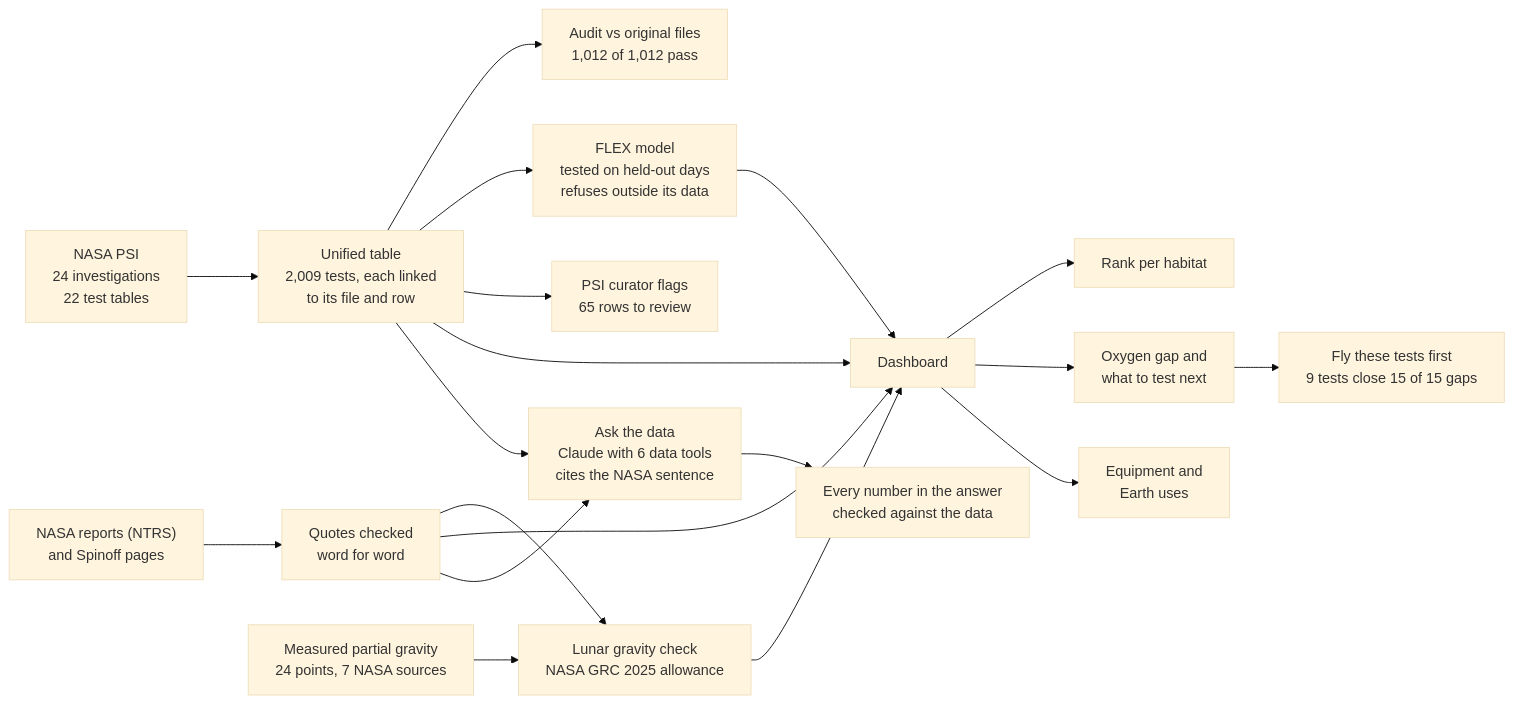
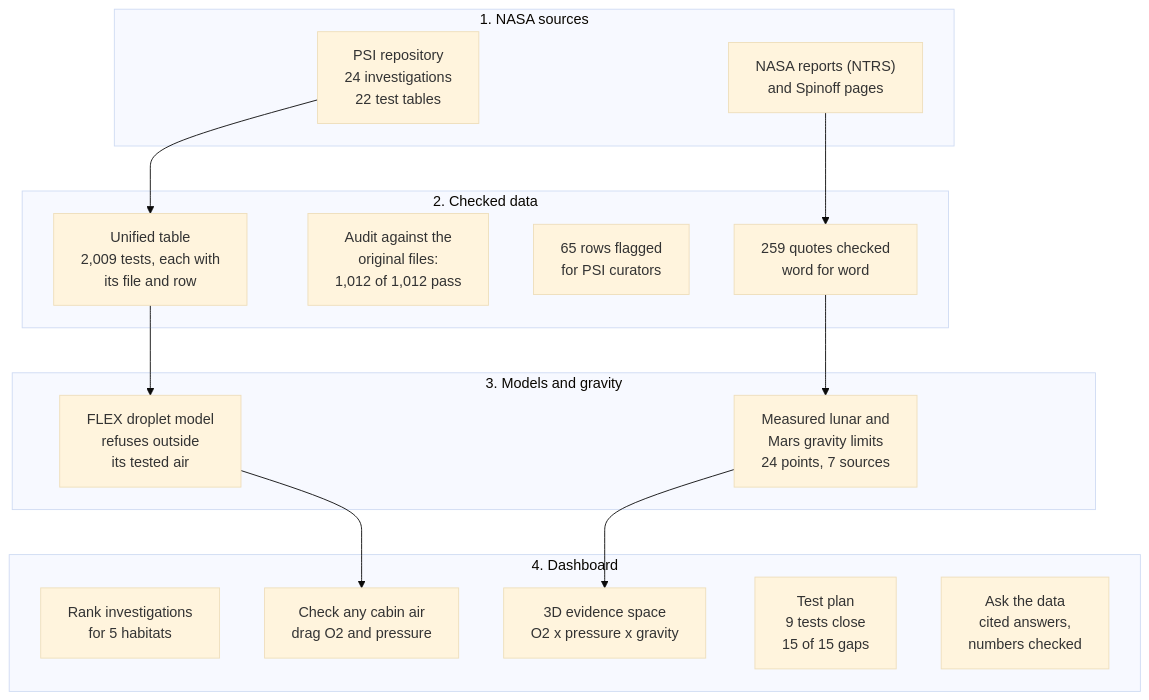
The diagram in README.md (igeorgegabriel/Nasa_Space_Challenge), drawn with Mermaid (base theme) before and after one commit. The commit also changed other lines of this file and 1 other file, not shown here.

Commit message:
README: clearer How it works chart, 3D evidence space and flight planner in the judge path, features and objectives, 3D screenshot

````diff
--- a/README.md
+++ b/README.md
@@ -33,21 +36,35 @@
 ```mermaid
-flowchart LR
-  P["NASA PSI<br/>24 investigations<br/>22 test tables"] --> U["Unified table<br/>2,009 tests, each linked<br/>to its file and row"]
-  U --> A["Audit vs original files<br/>1,012 of 1,012 pass"]
-  N["NASA reports (NTRS)<br/>and Spinoff pages"] --> Q["Quotes checked<br/>word for word"]
-  U --> F["FLEX model<br/>tested on held-out days<br/>refuses outside its data"]
-  Q --> L["Lunar gravity check<br/>NASA GRC 2025 allowance"]
-  M["Measured partial gravity<br/>24 points, 7 NASA sources"] --> L
-  U --> H["PSI curator flags<br/>65 rows to review"]
-  U --> D["Dashboard"]
-  Q --> D
-  F --> D
-  L --> D
-  D --> R["Rank per habitat"]
-  D --> G["Oxygen gap and<br/>what to test next"]
-  G --> T["Fly these tests first<br/>9 tests close 15 of 15 gaps"]
-  D --> E["Equipment and<br/>Earth uses"]
-  U --> K["Ask the data<br/>Claude with 6 data tools<br/>cites the NASA sentence"]
-  Q --> K
-  K --> C["Every number in the answer<br/>checked against the data"]
+flowchart TD
+  subgraph SRC["1. NASA sources"]
+    P["PSI repository<br/>24 investigations<br/>22 test tables"]
+    N["NASA reports (NTRS)<br/>and Spinoff pages"]
+  end
+  subgraph CHK["2. Checked data"]
+    U["Unified table<br/>2,009 tests, each with<br/>its file and row"]
+    A["Audit against the<br/>original files:<br/>1,012 of 1,012 pass"]
+    H["65 rows flagged<br/>for PSI curators"]
+    Q["259 quotes checked<br/>word for word"]
+  end
+  subgraph MOD["3. Models and gravity"]
+    F["FLEX droplet model<br/>refuses outside<br/>its tested air"]
+    G["Measured lunar and<br/>Mars gravity limits<br/>24 points, 7 sources"]
+  end
+  subgraph APP["4. Dashboard"]
+    R["Rank investigations<br/>for 5 habitats"]
+    W["Check any cabin air<br/>drag O2 and pressure"]
+    X["3D evidence space<br/>O2 x pressure x gravity"]
+    T["Test plan<br/>9 tests close<br/>15 of 15 gaps"]
+    K["Ask the data<br/>cited answers,<br/>numbers checked"]
+  end
+  P --> U
+  P ~~~ A
+  P ~~~ H
+  N --> Q
+  U --> F
+  Q --> G
+  F --> W
+  G --> X
+  F ~~~ R
+  G ~~~ T
+  G ~~~ K
 ```
````
